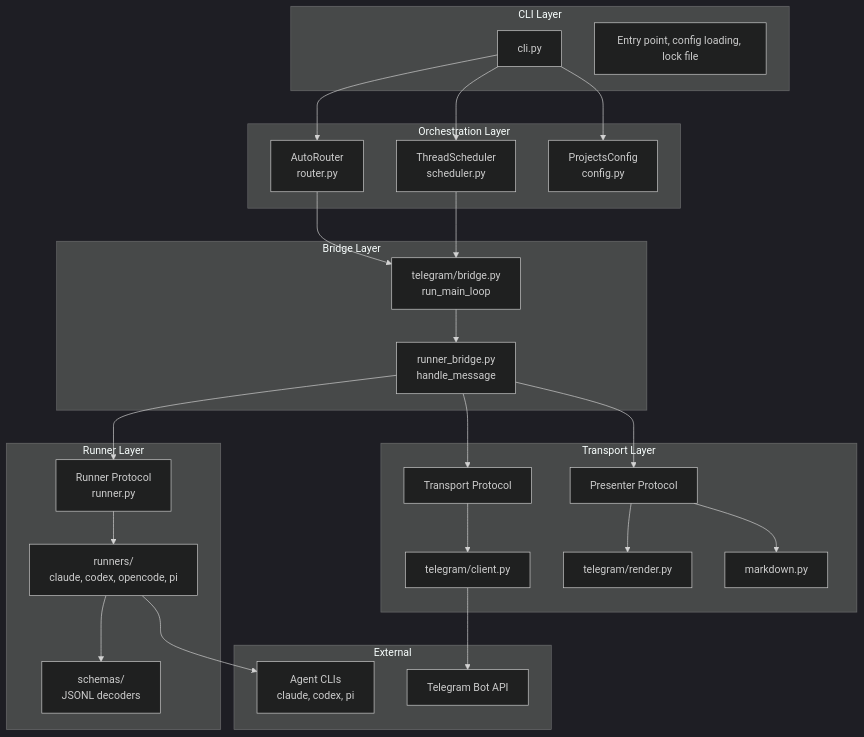
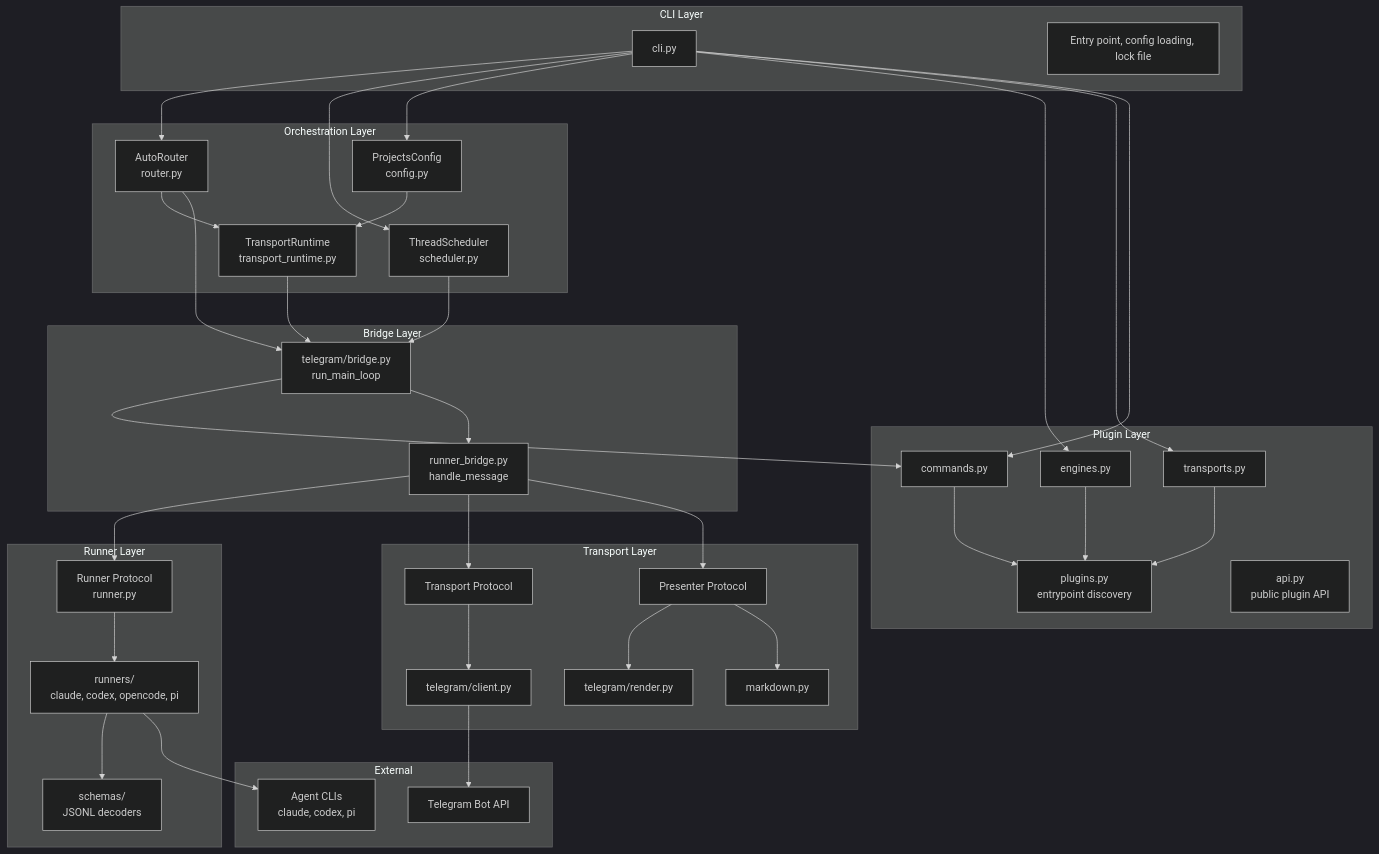
Before and after one commit to banteg/takopi: the first of 8 diagrams in docs/architecture.md, drawn with Mermaid (dark theme). The commit also changed other lines of this file, not shown here.

Commit message:
docs(architecture): document plugin commands

````diff
--- a/docs/architecture.md
+++ b/docs/architecture.md
@@ -5,54 +5,73 @@
 ```mermaid
 flowchart TB
     subgraph CLI["CLI Layer"]
         cli[cli.py]
         cli_desc["Entry point, config loading, lock file"]
     end
 
+    subgraph Plugins["Plugin Layer"]
+        entrypoints[plugins.py<br/>entrypoint discovery]
+        engines[engines.py]
+        transports[transports.py]
+        commands[commands.py]
+        api[api.py<br/>public plugin API]
+    end
+
     subgraph Orchestration["Orchestration Layer"]
         router[AutoRouter<br/>router.py]
         scheduler[ThreadScheduler<br/>scheduler.py]
         projects[ProjectsConfig<br/>config.py]
+        runtime[TransportRuntime<br/>transport_runtime.py]
     end
 
     subgraph Bridge["Bridge Layer"]
         tg_bridge[telegram/bridge.py<br/>run_main_loop]
         runner_bridge[runner_bridge.py<br/>handle_message]
     end
 
     subgraph Runner["Runner Layer"]
         runner_proto[Runner Protocol<br/>runner.py]
         runners[runners/<br/>claude, codex, opencode, pi]
         schemas[schemas/<br/>JSONL decoders]
     end
 
     subgraph Transport["Transport Layer"]
         transport[Transport Protocol]
         presenter[Presenter Protocol]
         tg_client[telegram/client.py]
         tg_render[telegram/render.py]
         markdown[markdown.py]
     end
 
     subgraph External["External"]
         agent_clis[Agent CLIs<br/>claude, codex, pi]
         telegram_api[Telegram Bot API]
     end
 
     cli --> router
     cli --> scheduler
     cli --> projects
+    cli --> engines
+    cli --> transports
+    cli --> commands
+    engines --> entrypoints
+    transports --> entrypoints
+    commands --> entrypoints
+    router --> runtime
+    projects --> runtime
     router --> tg_bridge
     scheduler --> tg_bridge
+    runtime --> tg_bridge
+    tg_bridge --> commands
     tg_bridge --> runner_bridge
     runner_bridge --> runner_proto
     runner_proto --> runners
     runners --> schemas
     runners --> agent_clis
     runner_bridge --> transport
     runner_bridge --> presenter
     transport --> tg_client
     presenter --> tg_render
     presenter --> markdown
     tg_client --> telegram_api
 ```
````
